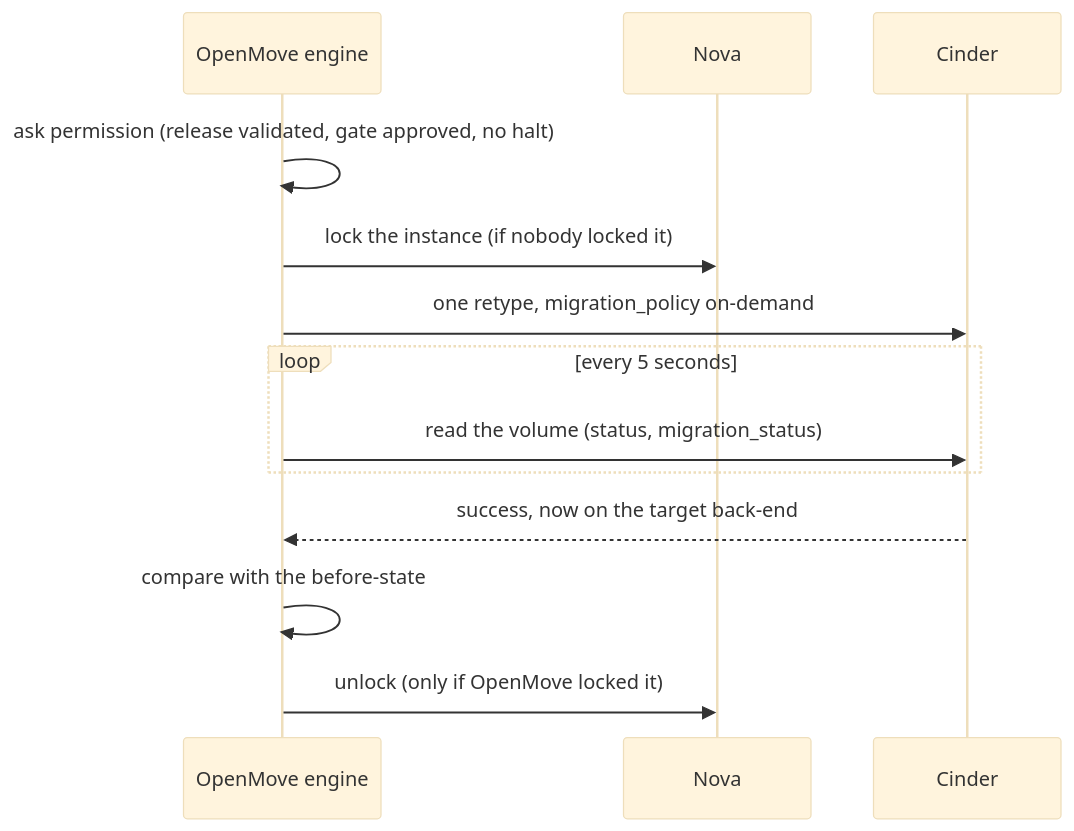
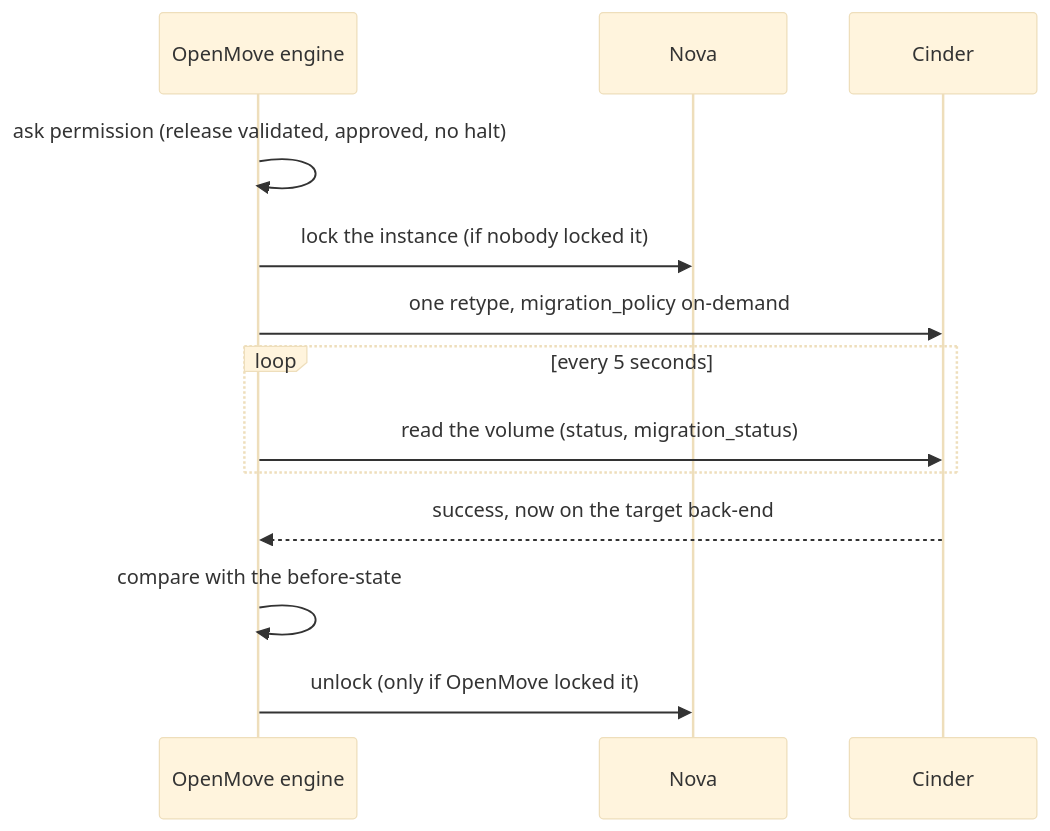
Before and after one commit to ebeauzec/OpenMove: the fifth of 5 diagrams in docs/WALKTHROUGH.md, drawn with Mermaid. The commit also changed other lines of this file and 54 other files, not shown here.

````diff
--- a/docs/WALKTHROUGH.md
+++ b/docs/WALKTHROUGH.md
@@ -240,16 +232,16 @@
 ```mermaid
 %%{init: {"theme": "base", "fontFamily": "Arial, Helvetica, sans-serif", "themeVariables": {"fontSize": "15px"}, "flowchart": {"htmlLabels": false, "padding": 32, "nodeSpacing": 40, "rankSpacing": 50}}}%%
 sequenceDiagram
     participant E as OpenMove engine
     participant N as Nova
     participant C as Cinder
-    E->>E: ask permission (release validated, gate approved, no halt)
+    E->>E: ask permission (release validated, approved, no halt)
     E->>N: lock the instance (if nobody locked it)
     E->>C: one retype, migration_policy on-demand
     loop every 5 seconds
         E->>C: read the volume (status, migration_status)
     end
     C-->>E: success, now on the target back-end
     E->>E: compare with the before-state
     E->>N: unlock (only if OpenMove locked it)
 ```
````
